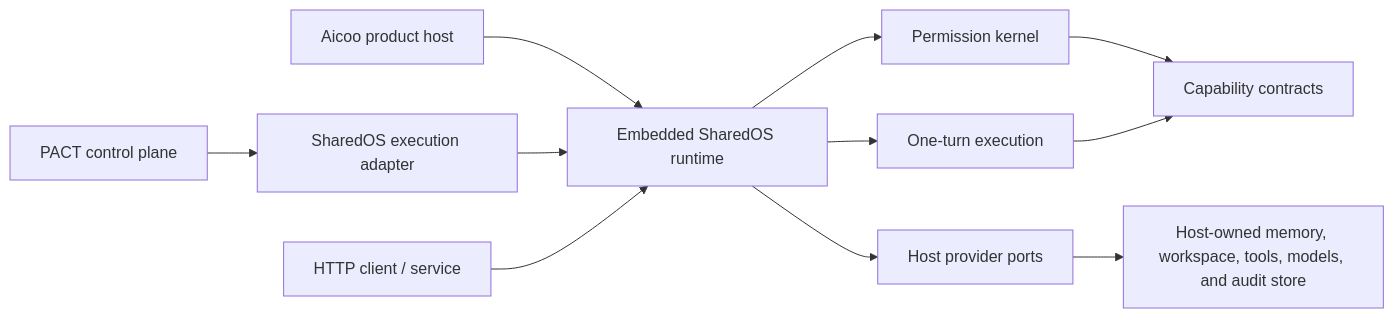
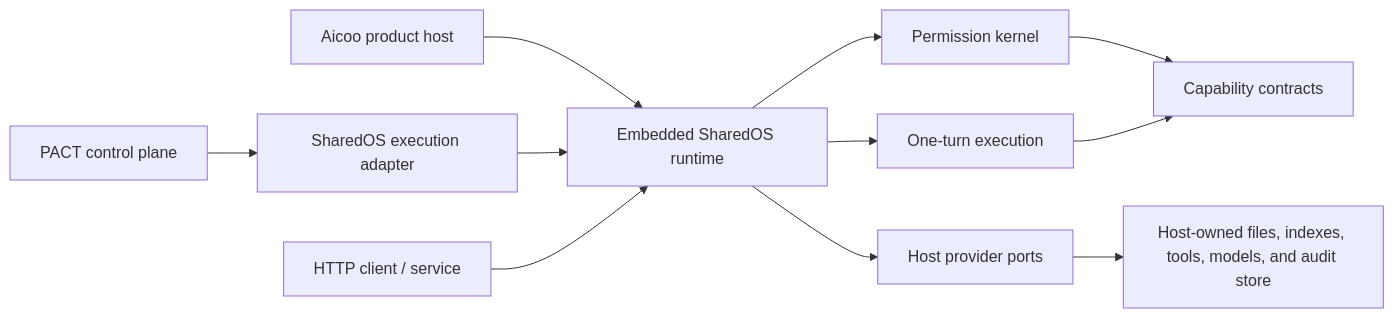
The diagram in README.md (Aicoo-Team/SharedOS), drawn with Mermaid before and after one commit. The commit also changed other lines of this file and 54 other files, not shown here.

````diff
--- a/README.md
+++ b/README.md
@@ -37,13 +38,13 @@
 ```mermaid
 flowchart LR
   A["Aicoo product host"] --> E["Embedded SharedOS runtime"]
   P["PACT control plane"] --> X["SharedOS execution adapter"]
   X --> E
   H["HTTP client / service"] --> E
   E --> K["Permission kernel"]
   E --> R["One-turn execution"]
   K --> C["Capability contracts"]
   R --> C
   E --> HP["Host provider ports"]
-  HP --> D["Host-owned memory, workspace, tools, models, and audit store"]
+  HP --> D["Host-owned files, indexes, tools, models, and audit store"]
 ```
````
